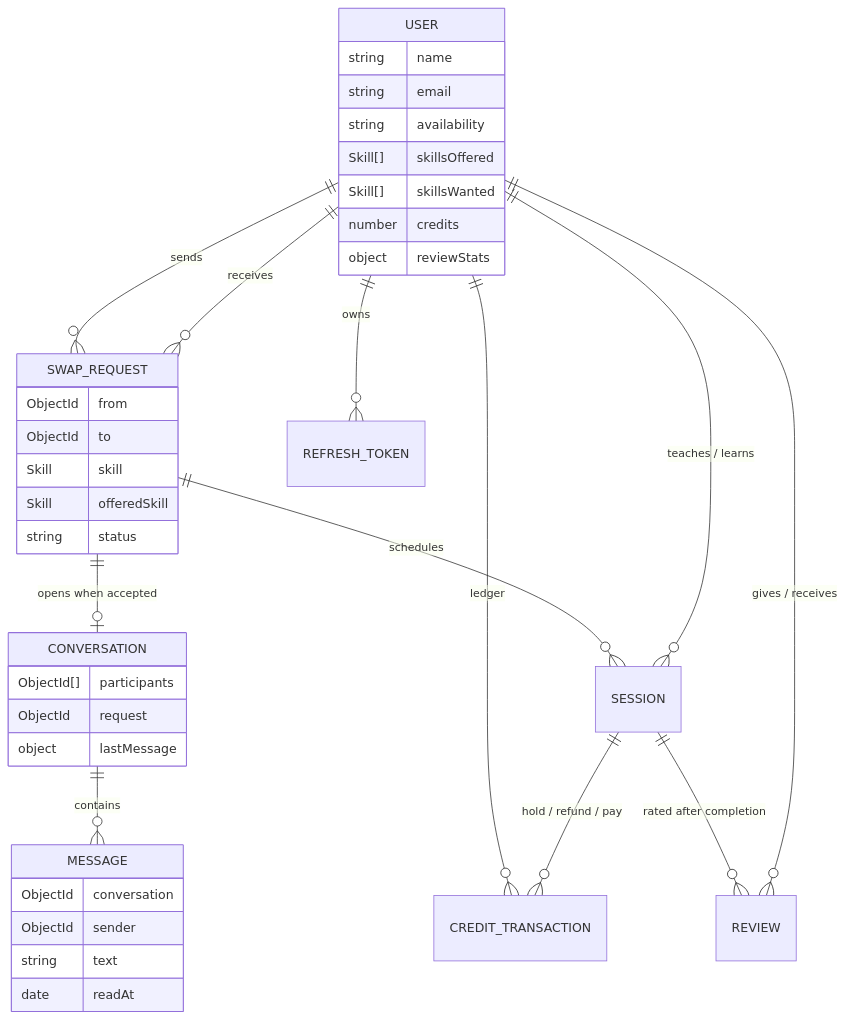
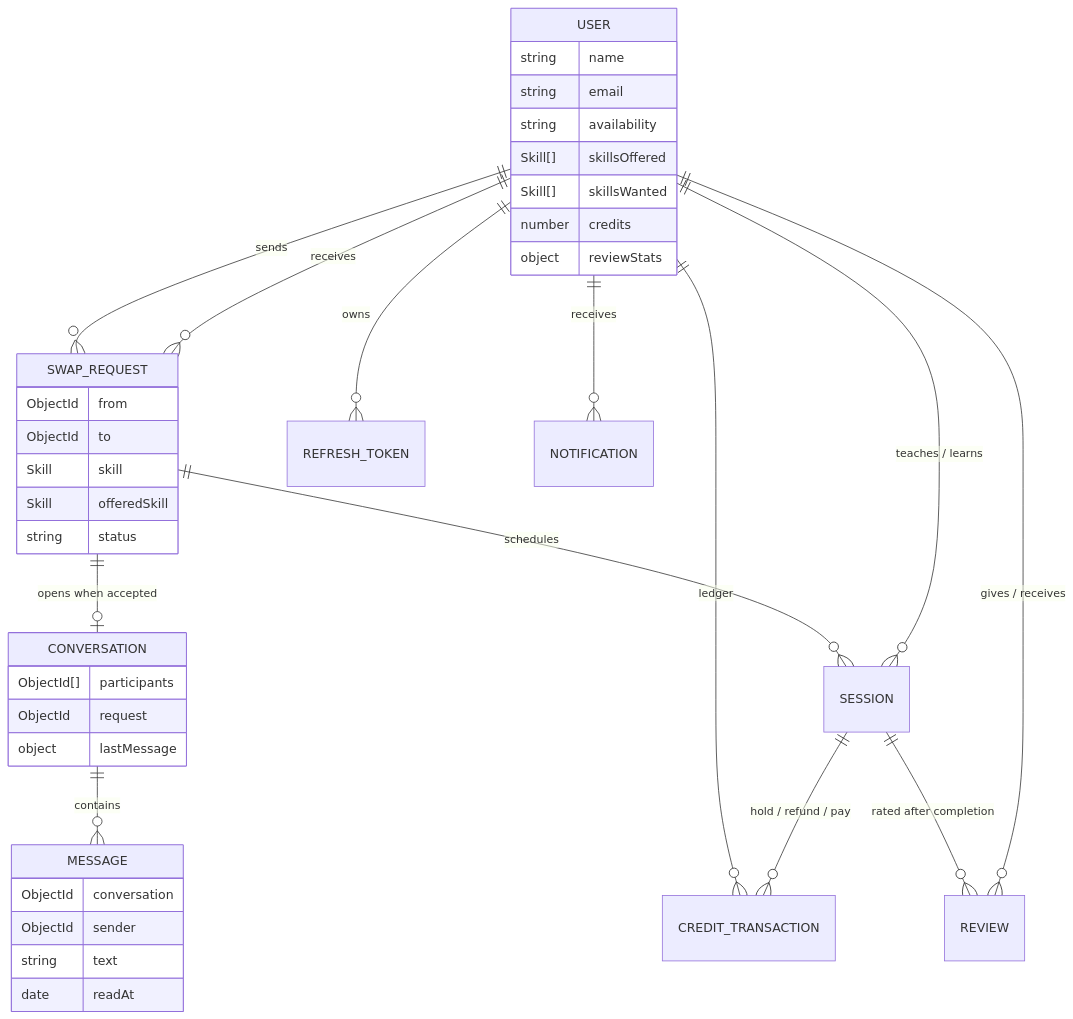
One commit to aJoshiG/skillswap changed the second of 2 diagrams in README.md. Above: the diagram before and after it, drawn with Mermaid. The commit also changed other lines of this file and 25 other files, not shown here.

````diff
--- a/README.md
+++ b/README.md
@@ -87,41 +87,42 @@
 ```mermaid
 erDiagram
   USER ||--o{ SWAP_REQUEST : sends
   USER ||--o{ SWAP_REQUEST : receives
   SWAP_REQUEST ||--o| CONVERSATION : "opens when accepted"
   CONVERSATION ||--o{ MESSAGE : contains
   USER ||--o{ REFRESH_TOKEN : owns
   SWAP_REQUEST ||--o{ SESSION : "schedules"
   USER ||--o{ SESSION : "teaches / learns"
   USER ||--o{ CREDIT_TRANSACTION : "ledger"
   SESSION ||--o{ CREDIT_TRANSACTION : "hold / refund / pay"
   SESSION ||--o{ REVIEW : "rated after completion"
   USER ||--o{ REVIEW : "gives / receives"
+  USER ||--o{ NOTIFICATION : "receives"
   USER {
     string name
     string email
     string availability
     Skill[] skillsOffered
     Skill[] skillsWanted
     number credits
     object reviewStats
   }
   SWAP_REQUEST {
     ObjectId from
     ObjectId to
     Skill skill
     Skill offeredSkill
     string status
   }
   CONVERSATION {
     ObjectId[] participants
     ObjectId request
     object lastMessage
   }
   MESSAGE {
     ObjectId conversation
     ObjectId sender
     string text
     date readAt
   }
 ```
````
